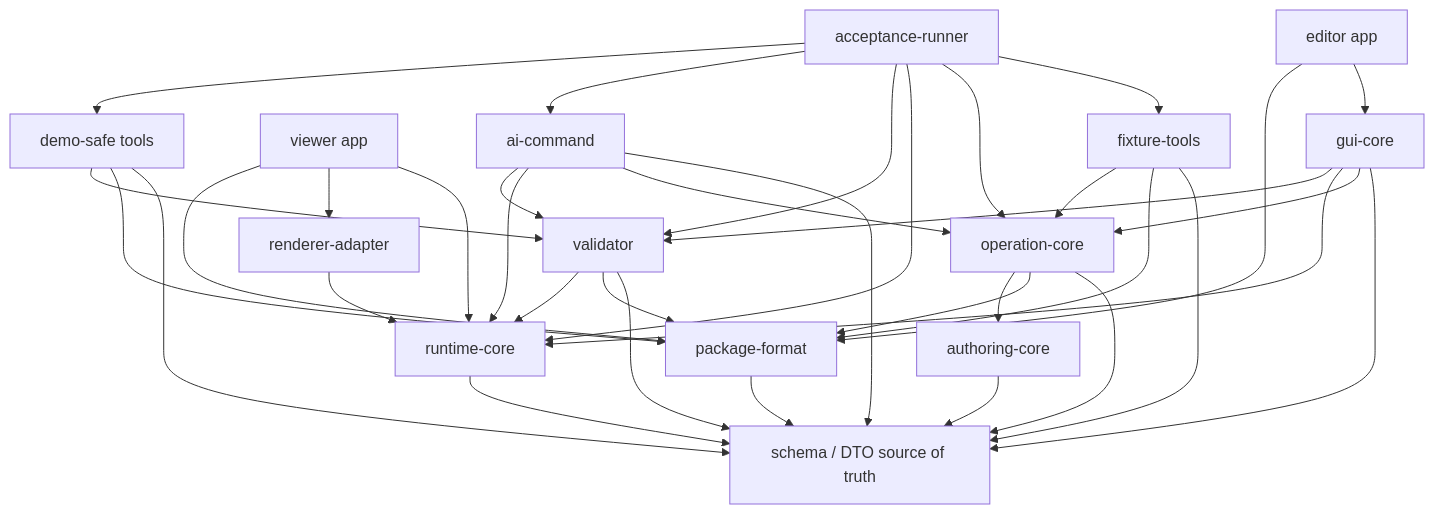
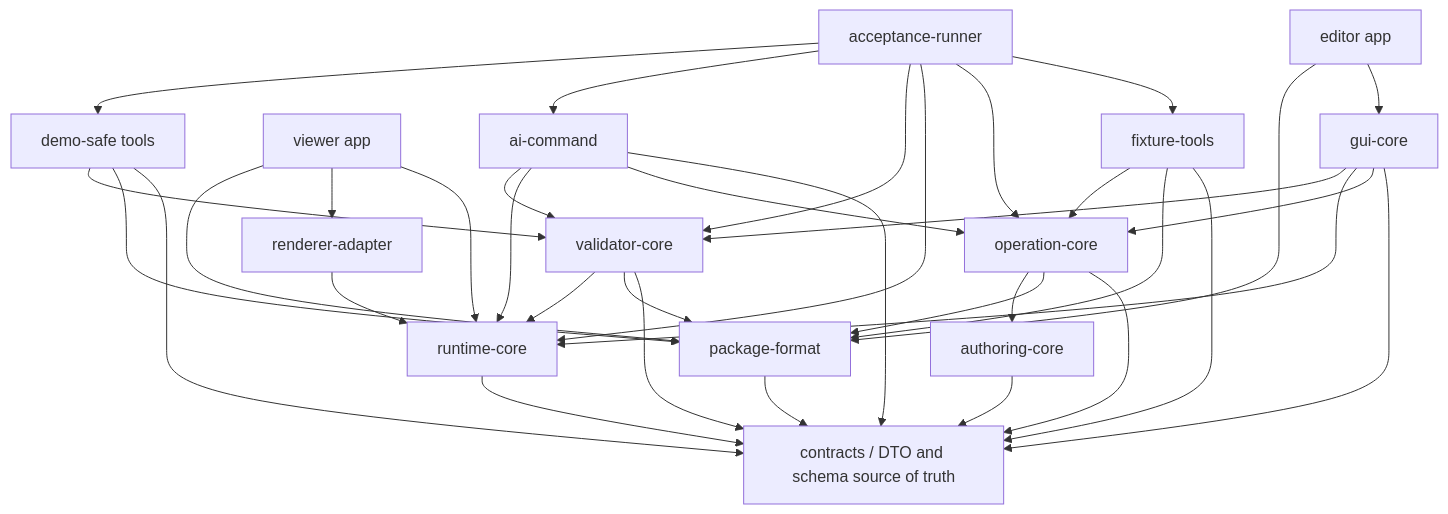
The first of 3 diagrams in discussion/development_convention/module-boundary-policy.md (remie-code/2d-rigging-lab), drawn with Mermaid before and after one commit. The commit also changed other lines of this file and 41 other files, not shown here.

````diff
--- a/discussion/development_convention/module-boundary-policy.md
+++ b/discussion/development_convention/module-boundary-policy.md
@@ -261,53 +261,53 @@
 ```mermaid
 graph TD
-  schema[schema / DTO source of truth]
+  contracts[contracts / DTO and schema source of truth]
   packageFormat[package-format]
   authoringCore[authoring-core]
   operationCore[operation-core]
   runtimeCore[runtime-core]
-  validator[validator]
+  validatorCore[validator-core]
   rendererAdapter[renderer-adapter]
   guiCore[gui-core]
   editorApp[editor app]
   viewerApp[viewer app]
   aiCommand[ai-command]
   fixtureTools[fixture-tools]
   acceptanceRunner[acceptance-runner]
   demoSafeTools[demo-safe tools]
 
-  packageFormat --> schema
-  authoringCore --> schema
-  operationCore --> schema
+  packageFormat --> contracts
+  authoringCore --> contracts
+  operationCore --> contracts
   operationCore --> packageFormat
   operationCore --> authoringCore
-  runtimeCore --> schema
-  validator --> schema
-  validator --> packageFormat
-  validator --> runtimeCore
+  runtimeCore --> contracts
+  validatorCore --> contracts
+  validatorCore --> packageFormat
+  validatorCore --> runtimeCore
   rendererAdapter --> runtimeCore
-  guiCore --> schema
+  guiCore --> contracts
   guiCore --> operationCore
   guiCore --> runtimeCore
-  guiCore --> validator
+  guiCore --> validatorCore
   editorApp --> guiCore
   editorApp --> packageFormat
   viewerApp --> runtimeCore
   viewerApp --> rendererAdapter
   viewerApp --> packageFormat
-  aiCommand --> schema
+  aiCommand --> contracts
   aiCommand --> operationCore
   aiCommand --> runtimeCore
-  aiCommand --> validator
-  fixtureTools --> schema
+  aiCommand --> validatorCore
+  fixtureTools --> contracts
   fixtureTools --> packageFormat
   fixtureTools --> operationCore
   acceptanceRunner --> fixtureTools
   acceptanceRunner --> operationCore
   acceptanceRunner --> runtimeCore
-  acceptanceRunner --> validator
+  acceptanceRunner --> validatorCore
   acceptanceRunner --> aiCommand
   acceptanceRunner --> demoSafeTools
-  demoSafeTools --> schema
+  demoSafeTools --> contracts
   demoSafeTools --> packageFormat
-  demoSafeTools --> validator
+  demoSafeTools --> validatorCore
 ```
````
